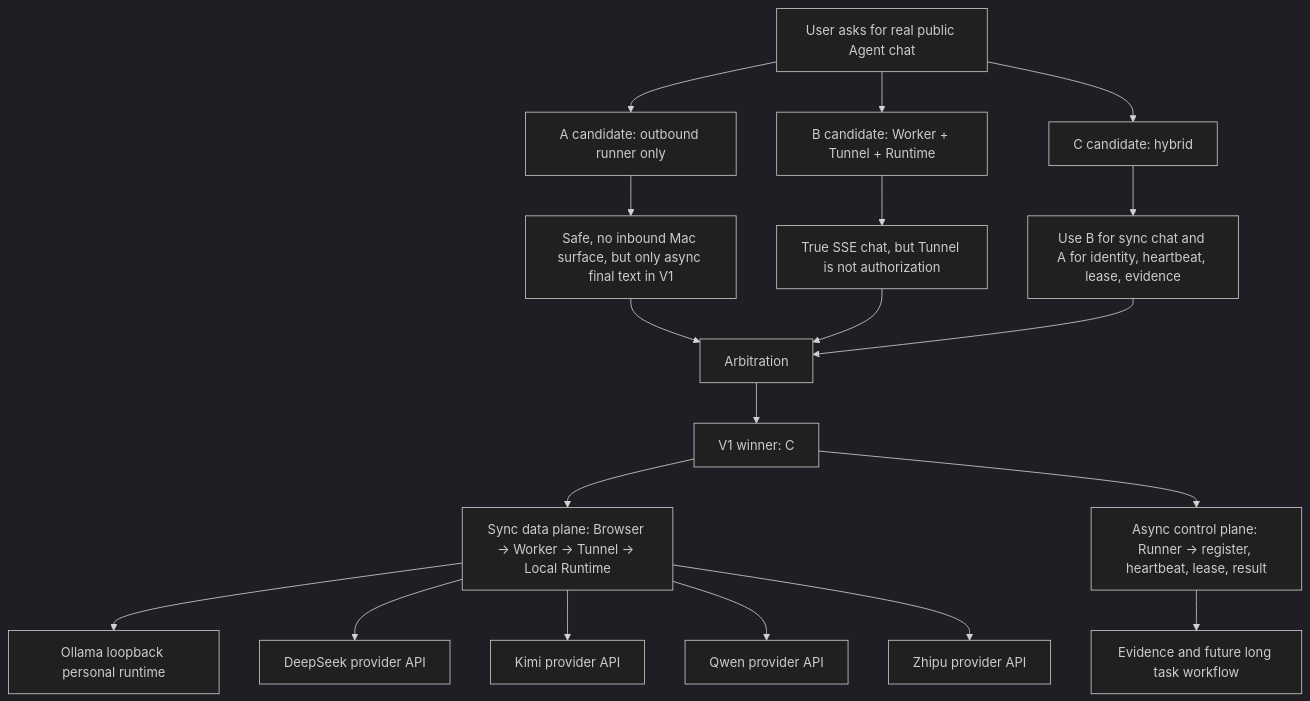
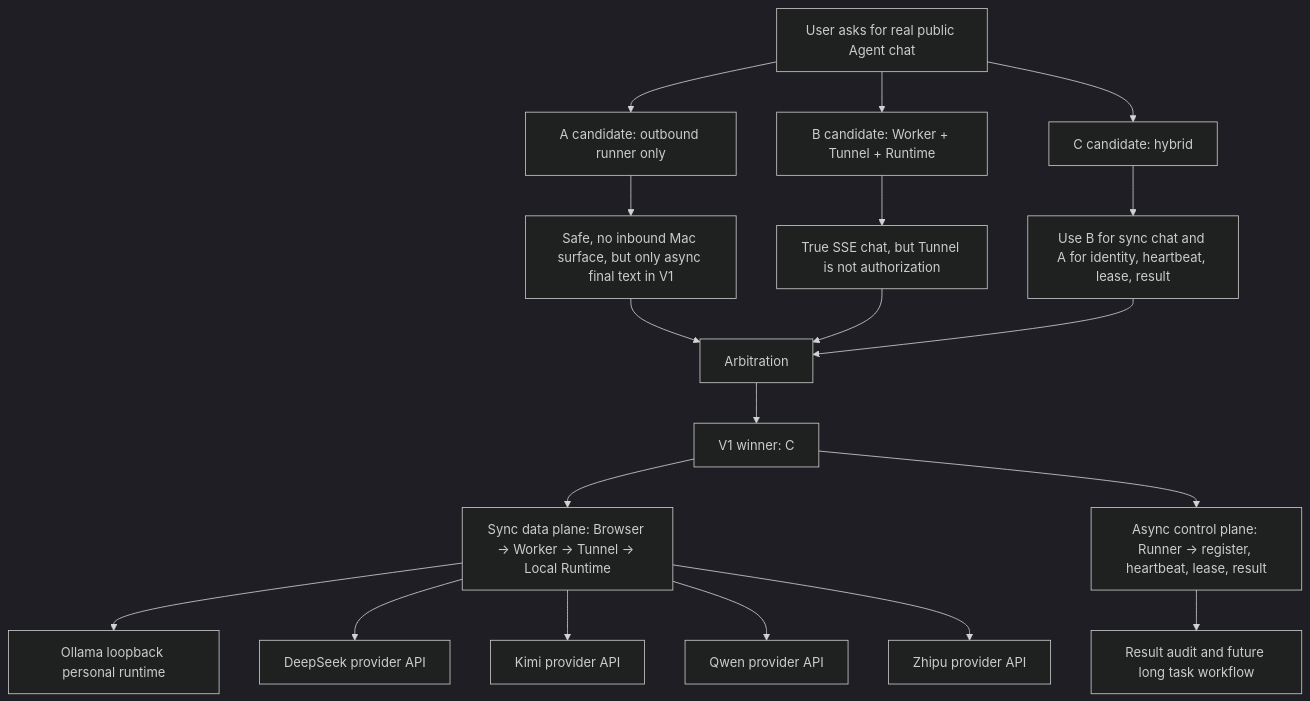
The diagram in docs/architecture/agent-market-live-chat-candidate-arbitration.mmd (Tiancheng-Xu/agent-market), drawn with Mermaid (dark theme) before and after one commit. The commit also changed 69 other files, not shown here.

Commit message:
feat: complete agent market v3 local workflow evidence

```diff
--- a/docs/architecture/agent-market-live-chat-candidate-arbitration.mmd
+++ b/docs/architecture/agent-market-live-chat-candidate-arbitration.mmd
@@ -1,19 +1,19 @@
 flowchart TD
   U[User asks for real public Agent chat] --> A[A candidate: outbound runner only]
   U --> B[B candidate: Worker + Tunnel + Runtime]
   U --> C[C candidate: hybrid]
   A --> AS[Safe, no inbound Mac surface, but only async final text in V1]
   B --> BS[True SSE chat, but Tunnel is not authorization]
-  C --> CS[Use B for sync chat and A for identity, heartbeat, lease, evidence]
+  C --> CS[Use B for sync chat and A for identity, heartbeat, lease, result]
   AS --> J[Arbitration]
   BS --> J
   CS --> J
   J --> V1[V1 winner: C]
   V1 --> DP[Sync data plane: Browser -> Worker -> Tunnel -> Local Runtime]
   V1 --> CP[Async control plane: Runner -> register, heartbeat, lease, result]
   DP --> OL[Ollama loopback personal runtime]
   DP --> DS[DeepSeek provider API]
   DP --> KM[Kimi provider API]
   DP --> QW[Qwen provider API]
   DP --> ZP[Zhipu provider API]
-  CP --> EV[Evidence and future long task workflow]
+  CP --> AU[Result audit and future long task workflow]
```
